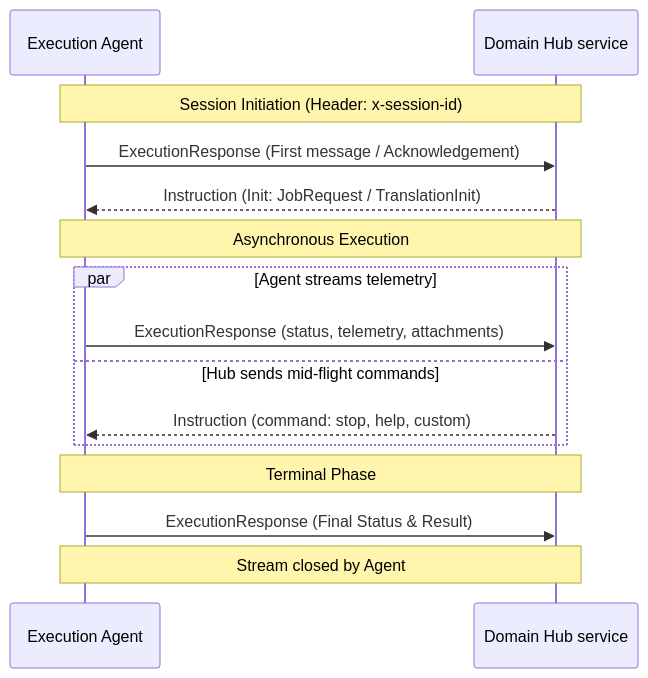
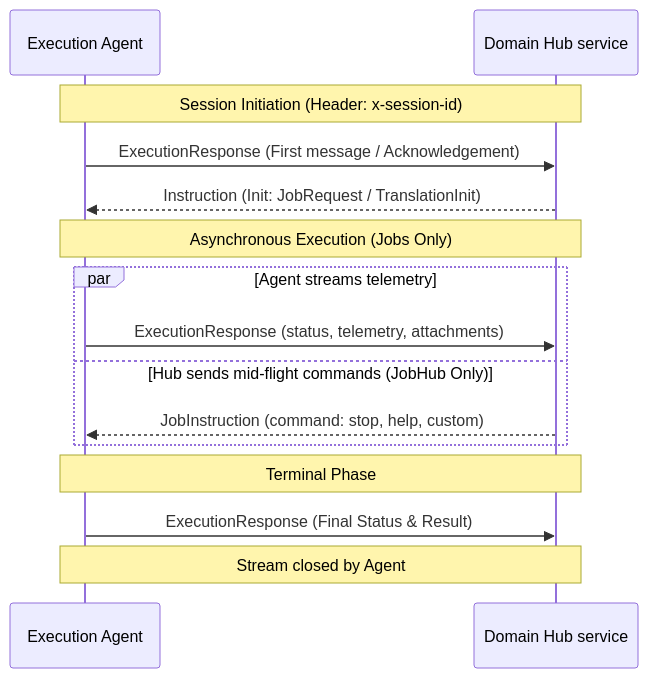
Before and after one commit to HSGamer/TestGenesis: the third of 3 diagrams in specification/PROTOCOL.md, drawn with Mermaid. The commit also changed 1 other file, not shown here.

Commit message:
remove TranslationCommand

````diff
--- a/specification/PROTOCOL.md
+++ b/specification/PROTOCOL.md
@@ -78,20 +78,20 @@
 ```mermaid
 sequenceDiagram
     participant A as Execution Agent
     participant H as Domain Hub service
 
     Note over A,H: Session Initiation (Header: x-session-id)
     A->>H: ExecutionResponse (First message / Acknowledgement)
     H-->>A: Instruction (Init: JobRequest / TranslationInit)
 
-    Note over A,H: Asynchronous Execution
+    Note over A,H: Asynchronous Execution (Jobs Only)
     par Agent streams telemetry
         A->>H: ExecutionResponse (status, telemetry, attachments)
-    and Hub sends mid-flight commands
-        H-->>A: Instruction (command: stop, help, custom)
+    and Hub sends mid-flight commands (JobHub Only)
+        H-->>A: JobInstruction (command: stop, help, custom)
     end
 
     Note over A,H: Terminal Phase
     A->>H: ExecutionResponse (Final Status & Result)
     Note over A,H: Stream closed by Agent
 ```
````
